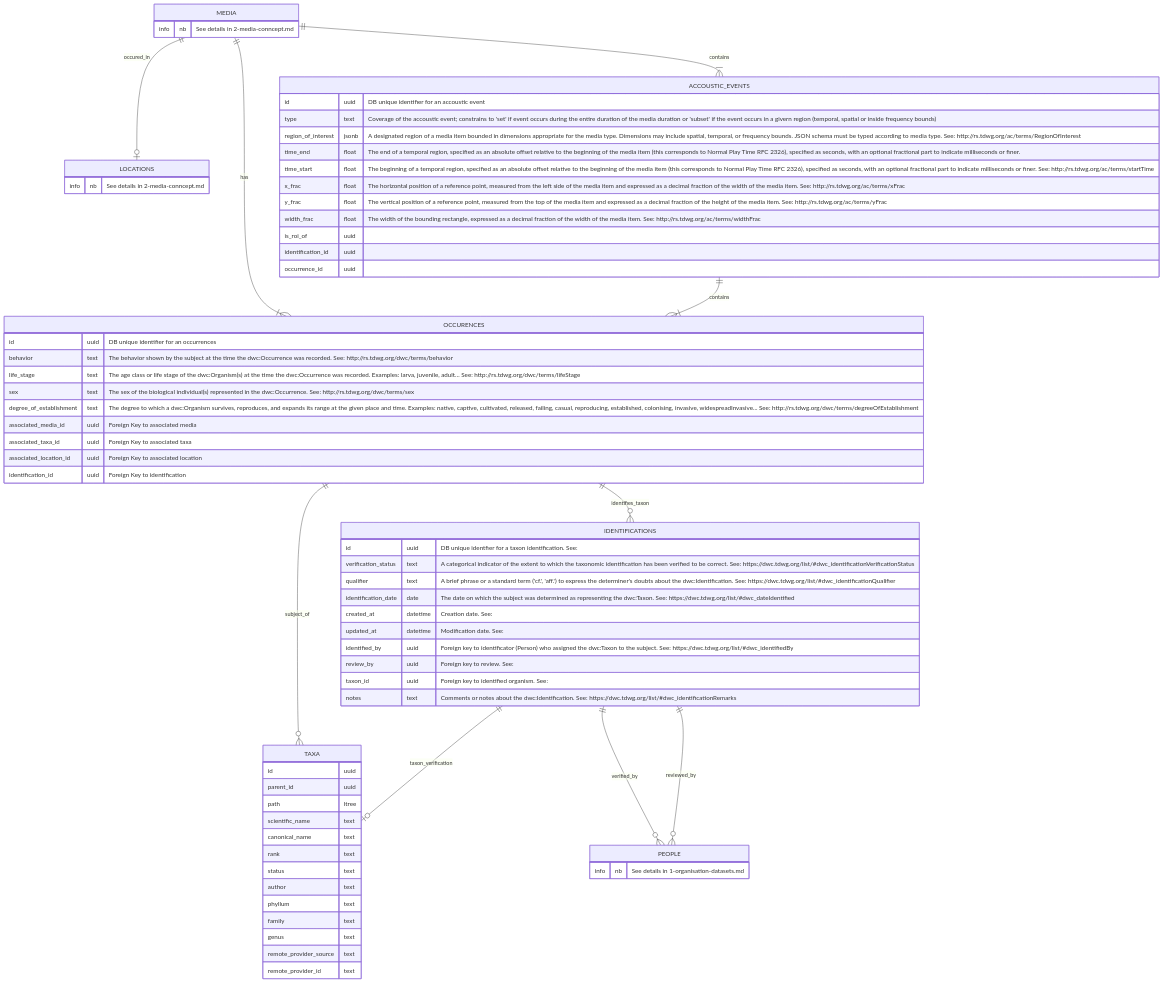
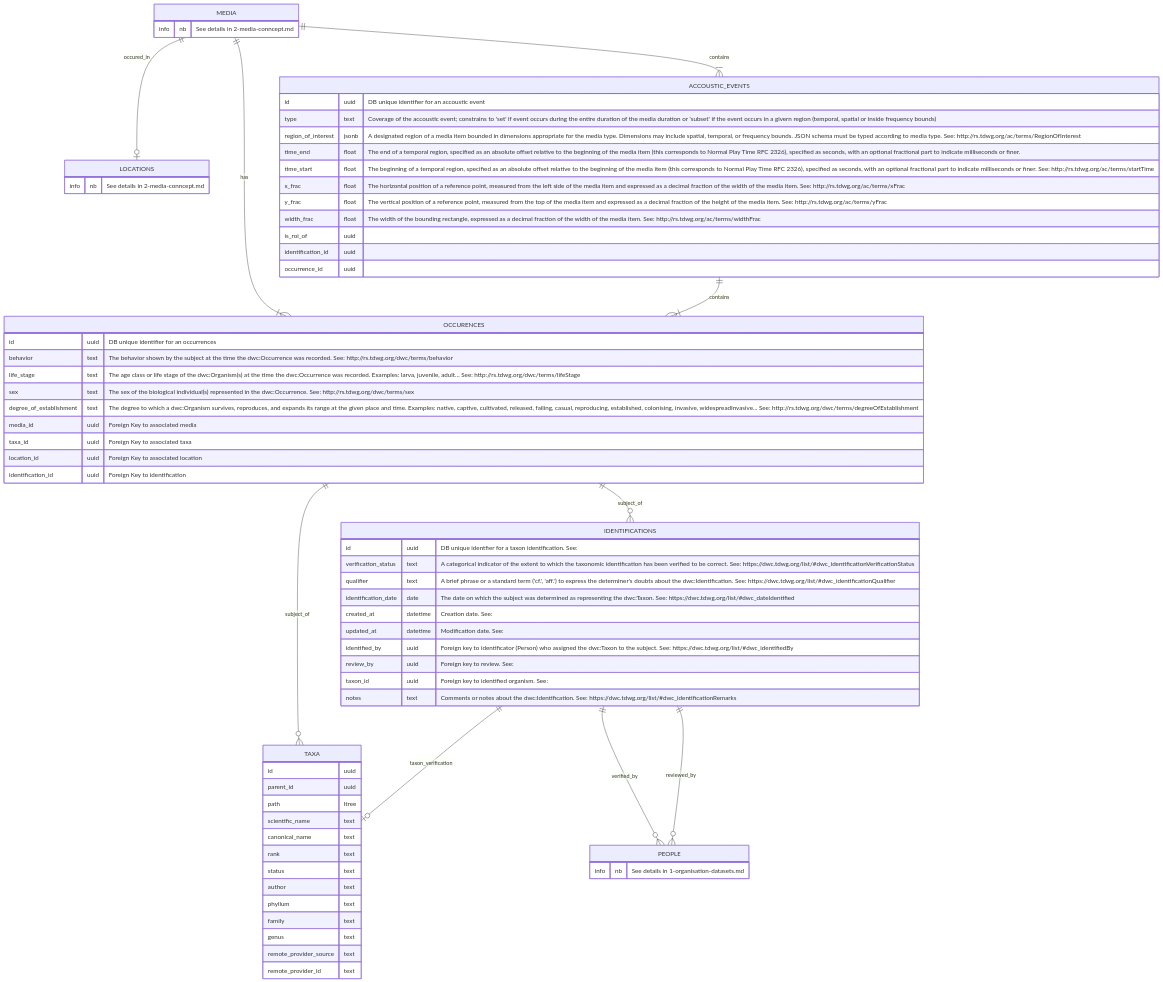
One commit to naturalsolutions/mnhn-sonotheque-schema changed the diagram in docs/3-accoustic-events-and-occurences.md. Above: the diagram before and after it, drawn with Mermaid. The commit also changed 35 other files, not shown here.

Commit message:
refact: change folder architecture

````diff
--- a/docs/3-accoustic-events-and-occurences.md
+++ b/docs/3-accoustic-events-and-occurences.md
@@ -11,76 +11,76 @@
 ```mermaid
 erDiagram
 
 LOCATIONS {
     info  nb  "See details in 2-media-conncept.md"
 }
 MEDIA {
     info  nb  "See details in 2-media-conncept.md"
 }
 PEOPLE {
     info  nb  "See details in 1-organisation-datasets.md"
 }
 
 MEDIA ||--|o LOCATIONS : occured_in
 MEDIA ||--|{ ACCOUSTIC_EVENTS : contains
 MEDIA ||--|{ OCCURENCES : has
 ACCOUSTIC_EVENTS ||--|{ OCCURENCES : contains
 OCCURENCES ||--o{ TAXA : subject_of
-OCCURENCES ||--o{ IDENTIFICATIONS : identifies_taxon
+OCCURENCES ||--o{ IDENTIFICATIONS : subject_of
 IDENTIFICATIONS ||--o| TAXA : taxon_verification
 IDENTIFICATIONS ||--o{ PEOPLE : verified_by
 IDENTIFICATIONS ||--o{ PEOPLE : reviewed_by
 
 ACCOUSTIC_EVENTS {
     id	uuid	"DB unique identifier for an accoustic event"
     type	text	"Coverage of the accoustic event;  constrains to 'set' if event occurs during the entire duration of the media duration or 'subset' if the event occurs in a givern region (temporal, spatial or inside frequency bounds)"
     region_of_interest	jsonb	"A designated region of a media item bounded in dimensions appropriate for the media type. Dimensions may include spatial, temporal, or frequency bounds. JSON schema must be typed according to media type. See: http://rs.tdwg.org/ac/terms/RegionOfInterest"
     time_end	float	"The end of a temporal region, specified as an absolute offset relative to the beginning of the media item (this corresponds to Normal Play Time RFC 2326), specified as seconds, with an optional fractional part to indicate milliseconds or finer."
     time_start	float	"The beginning of a temporal region, specified as an absolute offset relative to the beginning of the media item (this corresponds to Normal Play Time RFC 2326), specified as seconds, with an optional fractional part to indicate milliseconds or finer. See: http://rs.tdwg.org/ac/terms/startTime"
     x_frac	float	"The horizontal position of a reference point, measured from the left side of the media item and expressed as a decimal fraction of the width of the media item. See: http://rs.tdwg.org/ac/terms/xFrac"
     y_frac	float	"The vertical position of a reference point, measured from the top of the media item and expressed as a decimal fraction of the height of the media item. See: http://rs.tdwg.org/ac/terms/yFrac"
     width_frac	float	"The width of the bounding rectangle, expressed as a decimal fraction of the width of the media item. See: http://rs.tdwg.org/ac/terms/widthFrac"
     is_roi_of	uuid
     identification_id	uuid
     occurrence_id	uuid
 }
 OCCURENCES {
     id	uuid	"DB unique identifier for an occurrences"
     behavior	text	"The behavior shown by the subject at the time the dwc:Occurrence was recorded. See: http://rs.tdwg.org/dwc/terms/behavior"
     life_stage	text	"The age class or life stage of the dwc:Organism(s) at the time the dwc:Occurrence was recorded. Examples: larva, juvenile, adult… See: http://rs.tdwg.org/dwc/terms/lifeStage"
     sex	text	"The sex of the biological individual(s) represented in the dwc:Occurrence. See: http://rs.tdwg.org/dwc/terms/sex"
     degree_of_establishment	text	"The degree to which a dwc:Organism survives, reproduces, and expands its range at the given place and time. Examples: native, captive, cultivated, released, failing, casual, reproducing, established, colonising, invasive, widespreadInvasive... See: http://rs.tdwg.org/dwc/terms/degreeOfEstablishment"
-    associated_media_id	uuid	"Foreign Key to associated media"
-    associated_taxa_id	uuid	"Foreign Key to associated taxa"
-    associated_location_id	uuid	"Foreign Key to associated location"
+    media_id	uuid	"Foreign Key to associated media"
+    taxa_id	uuid	"Foreign Key to associated taxa"
+    location_id	uuid	"Foreign Key to associated location"
     identification_id	uuid	"Foreign Key to identification"
 }
 IDENTIFICATIONS {
     id                  uuid    "DB unique identfier for a taxon identification. See: "
     verification_status text    "A categorical indicator of the extent to which the taxonomic identification has been verified to be correct. See: https://dwc.tdwg.org/list/#dwc_identificationVerificationStatus"
     qualifier           text    "A brief phrase or a standard term ('cf.', 'aff.') to express the determiner's doubts about the dwc:Identification. See: https://dwc.tdwg.org/list/#dwc_identificationQualifier"
     identification_date date    "The date on which the subject was determined as representing the dwc:Taxon. See: https://dwc.tdwg.org/list/#dwc_dateIdentified"
     created_at          datetime    "Creation date. See: "
     updated_at          datetime    "Modification date. See: "
     identified_by       uuid    "Foreign key to identificator (Person) who assigned the dwc:Taxon to the subject. See: https://dwc.tdwg.org/list/#dwc_identifiedBy"
     review_by           uuid    "Foreign key to review. See: "
     taxon_id            uuid    "Foreign key to identified organism. See: "
     notes               text    "Comments or notes about the dwc:Identification. See: https://dwc.tdwg.org/list/#dwc_identificationRemarks"
 }
 TAXA {
     id uuid
     parent_id uuid
     path ltree
     scientific_name text
     canonical_name text
     rank text
     status text
     author text
     phyllum text
     family text
     genus text
     remote_provider_source text
     remote_provider_id text
 }
 
 ```
````
